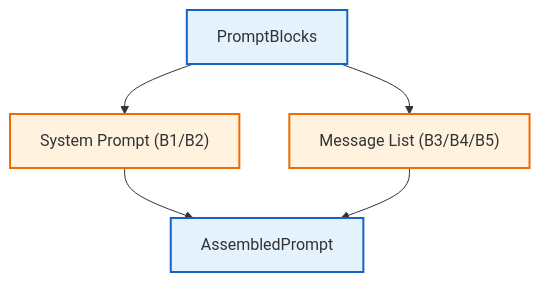
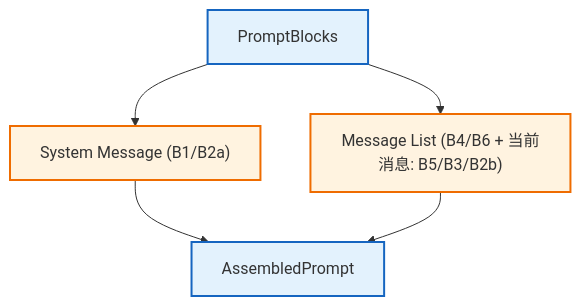
Before and after one commit to D15190304050/generic-agent: diagram 24 of 38 in discussions/ContextManagerV6.md, drawn with Mermaid. The commit also changed other lines of this file, not shown here.

````diff
--- a/discussions/ContextManagerV6.md
+++ b/discussions/ContextManagerV6.md
@@ -2406,13 +2493,13 @@
 ```mermaid
 flowchart TB
     classDef input fill:#e3f2fd,stroke:#1565c0,stroke-width:2px;
     classDef process fill:#fff3e0,stroke:#ef6c00,stroke-width:2px;
 
     Blocks["PromptBlocks"]:::input
-    System["System Prompt (B1/B2)"]:::process
-    Messages["Message List (B3/B4/B5)"]:::process
+    System["System Message (B1/B2a)"]:::process
+    Messages["Message List (B4/B6 + 当前消息: B5/B3/B2b)"]:::process
     Output["AssembledPrompt"]:::input
 
     Blocks --> System --> Output
     Blocks --> Messages --> Output
 ```
````
